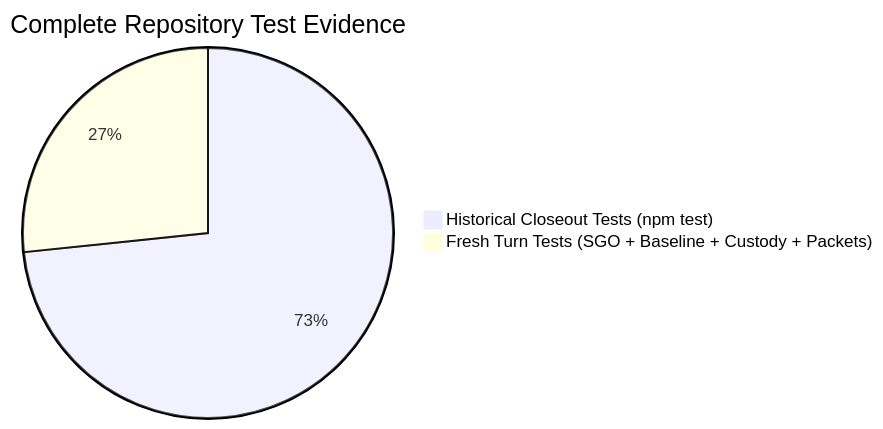
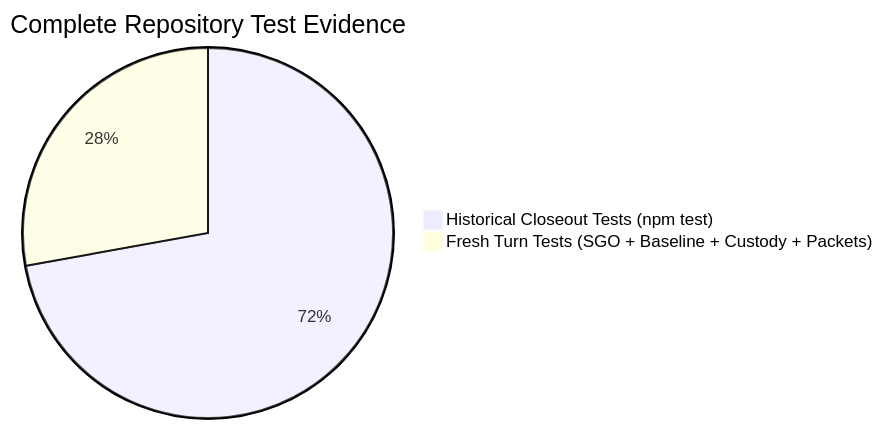
One commit to magedye/Agent-Files-Explorer- changed the second of 2 diagrams in docs/governance/AFE_GOV_LEGACY_RECONCILE_002_FINAL_REPORT.md. Above: the diagram before and after it, drawn with Mermaid. The commit also changed other lines of this file and 6 other files, not shown here.

````diff
--- a/docs/governance/AFE_GOV_LEGACY_RECONCILE_002_FINAL_REPORT.md
+++ b/docs/governance/AFE_GOV_LEGACY_RECONCILE_002_FINAL_REPORT.md
@@ -296,5 +260,5 @@
 ```mermaid
 pie title Complete Repository Test Evidence
     "Historical Closeout Tests (npm test)" : 267
-    "Fresh Turn Tests (SGO + Baseline + Custody + Packets)" : 97
+    "Fresh Turn Tests (SGO + Baseline + Custody + Packets)" : 103
 ```
````
